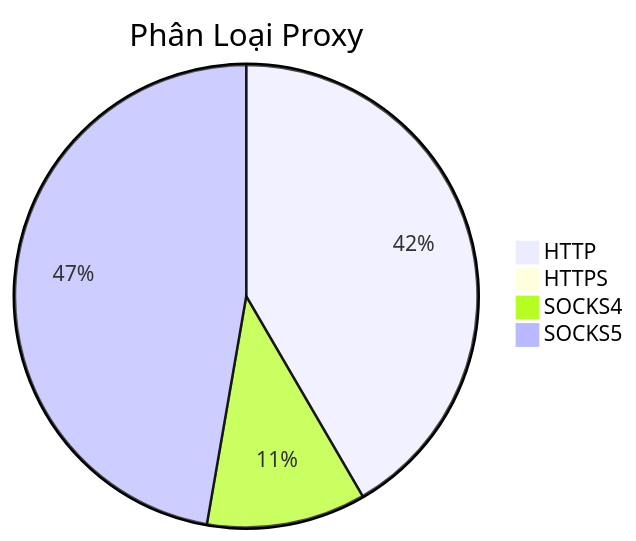
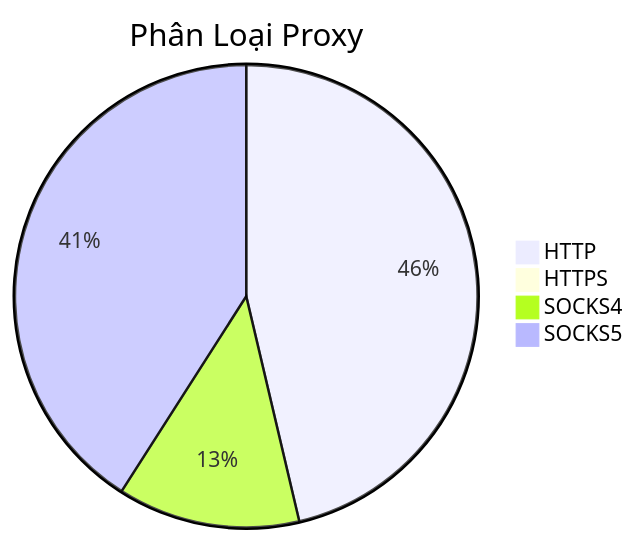
Before and after one commit to Ciara-12/PROXY-free: the diagram in README.md, drawn with Mermaid. The commit also changed other lines of this file and 4 other files, not shown here.

````diff
--- a/README.md
+++ b/README.md
@@ -26,7 +26,7 @@
 ```mermaid
 pie title Phân Loại Proxy
-    "HTTP" : 1123
-    "HTTPS" : 0
-    "SOCKS4" : 300
-    "SOCKS5" : 1276
+    "HTTP" : 1069
+    "HTTPS" : 1
+    "SOCKS4" : 294
+    "SOCKS5" : 945
 ```
````
